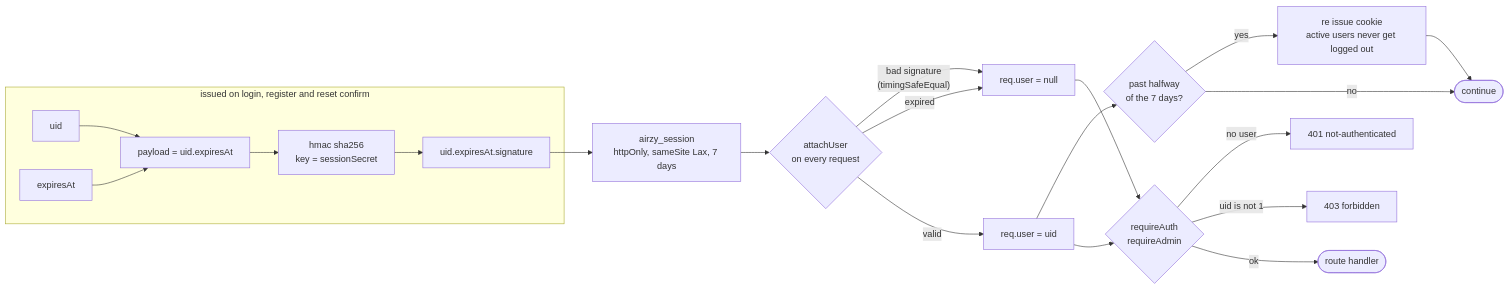
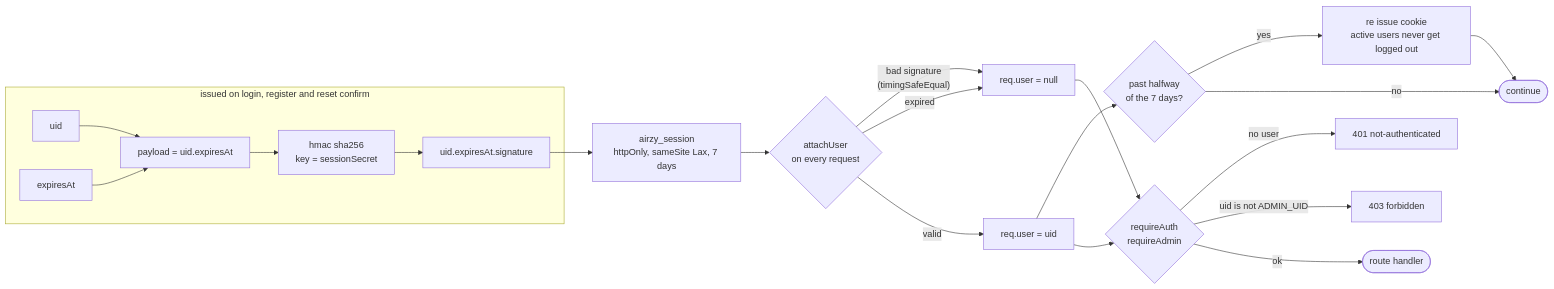
One commit to Air-zy/airWebsite changed the second of 7 diagrams in ARCHITECTURE.md. Above: the diagram before and after it, drawn with Mermaid. The commit also changed other lines of this file and 12 other files, not shown here.

````diff
--- a/ARCHITECTURE.md
+++ b/ARCHITECTURE.md
@@ -41,27 +41,27 @@
 ```mermaid
 flowchart LR
   subgraph MINT["issued on login, register and reset confirm"]
     U["uid"] --> P
     E["expiresAt"] --> P
     P["payload = uid.expiresAt"] --> H["hmac sha256<br/>key = sessionSecret"]
     H --> T["uid.expiresAt.signature"]
   end
 
   T --> COOKIE["airzy_session<br/>httpOnly, sameSite Lax, 7 days"]
 
   COOKIE --> V{"attachUser<br/>on every request"}
   V -->|"bad signature<br/>(timingSafeEqual)"| NULL["req.user = null"]
   V -->|expired| NULL
   V -->|valid| USER["req.user = uid"]
 
   USER --> SLIDE{"past halfway<br/>of the 7 days?"}
   SLIDE -->|yes| REISSUE["re issue cookie<br/>active users never get logged out"]
   SLIDE -->|no| DONE([continue])
   REISSUE --> DONE
 
   NULL --> RA
   USER --> RA{"requireAuth<br/>requireAdmin"}
   RA -->|no user| E401["401 not-authenticated"]
-  RA -->|uid is not 1| E403["403 forbidden"]
+  RA -->|uid is not ADMIN_UID| E403["403 forbidden"]
   RA -->|ok| ROUTE([route handler])
 ```
````
